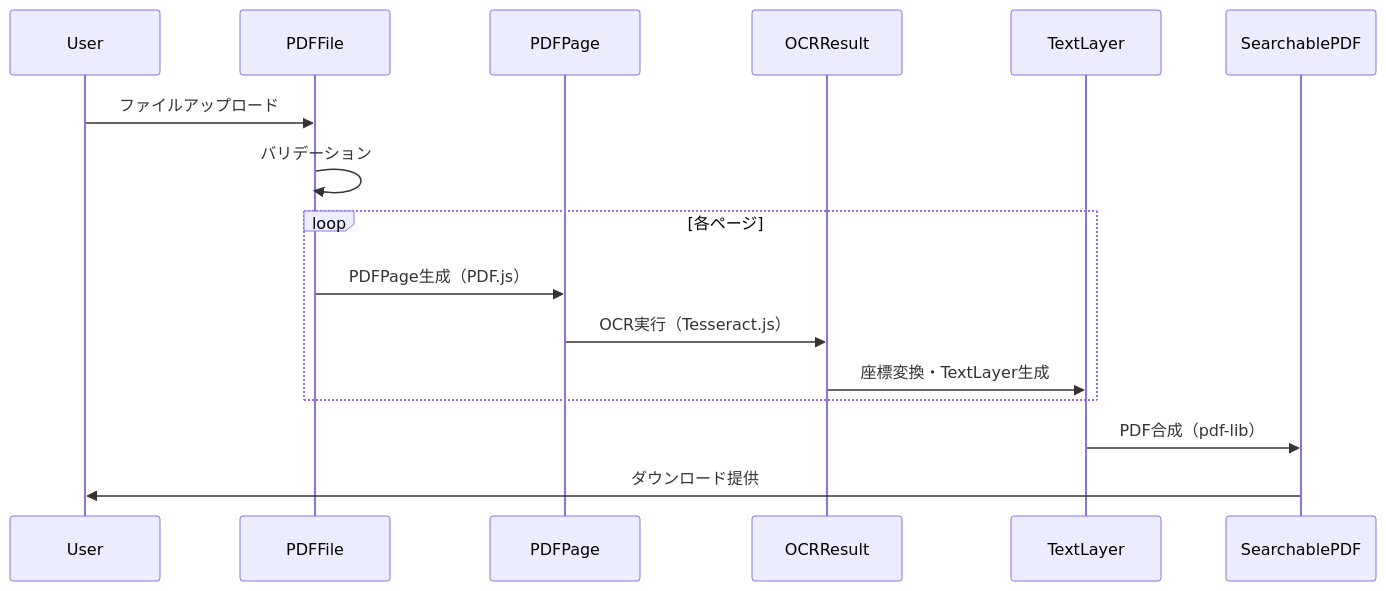
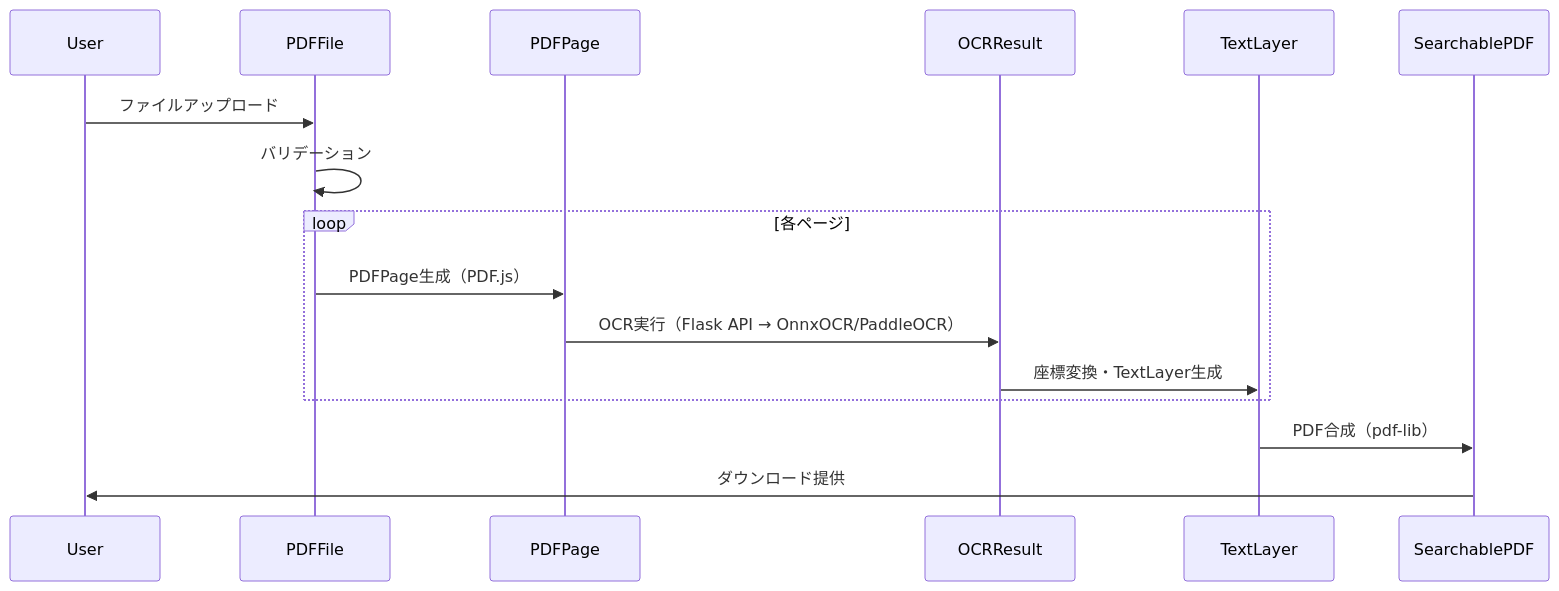
The fifth of 6 diagrams in specs/001-OCR-PDF-Converter/data-model.md (J1921604/OCR-PDF-Converter), drawn with Mermaid before and after one commit. The commit also changed other lines of this file and 254 other files, not shown here.

First line of the commit message:
docs: tesseract.jsへの記載を全削除、Python Backend (OnnxOCR/PaddleOCR)に統一

````diff
--- a/specs/001-OCR-PDF-Converter/data-model.md
+++ b/specs/001-OCR-PDF-Converter/data-model.md
@@ -408,19 +408,19 @@
 ```mermaid
 sequenceDiagram
     participant U as User
     participant F as PDFFile
     participant P as PDFPage
     participant O as OCRResult
     participant T as TextLayer
     participant S as SearchablePDF
     
     U->>F: ファイルアップロード
     F->>F: バリデーション
     loop 各ページ
         F->>P: PDFPage生成（PDF.js）
-        P->>O: OCR実行（Tesseract.js）
+        P->>O: OCR実行（Flask API → OnnxOCR/PaddleOCR）
         O->>T: 座標変換・TextLayer生成
     end
     T->>S: PDF合成（pdf-lib）
     S->>U: ダウンロード提供
 ```
````
